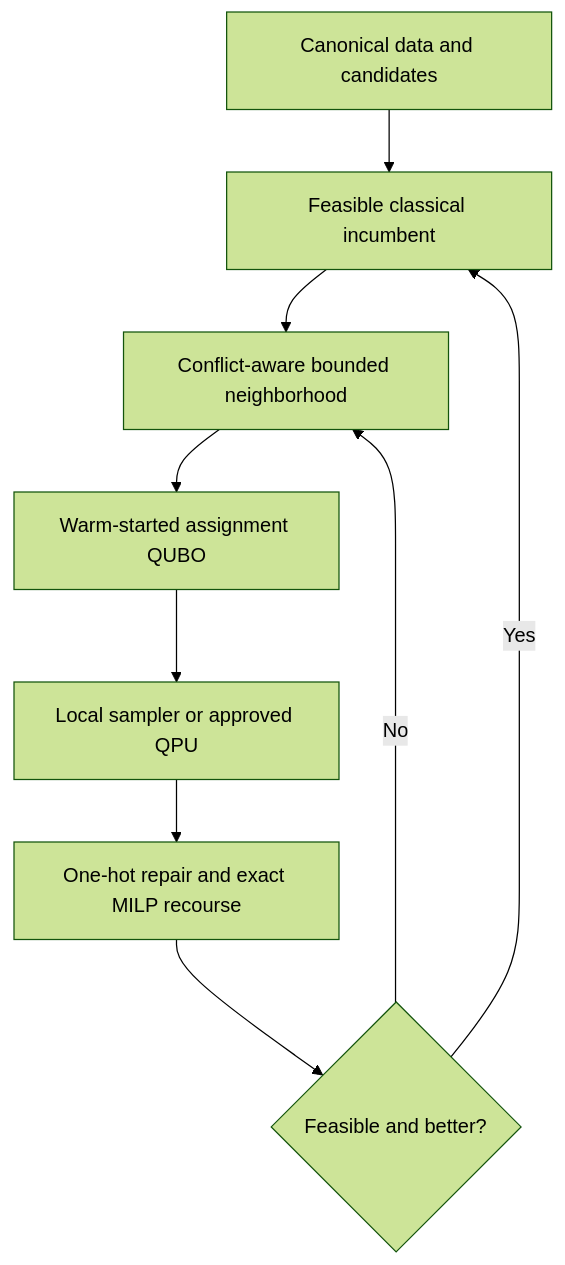
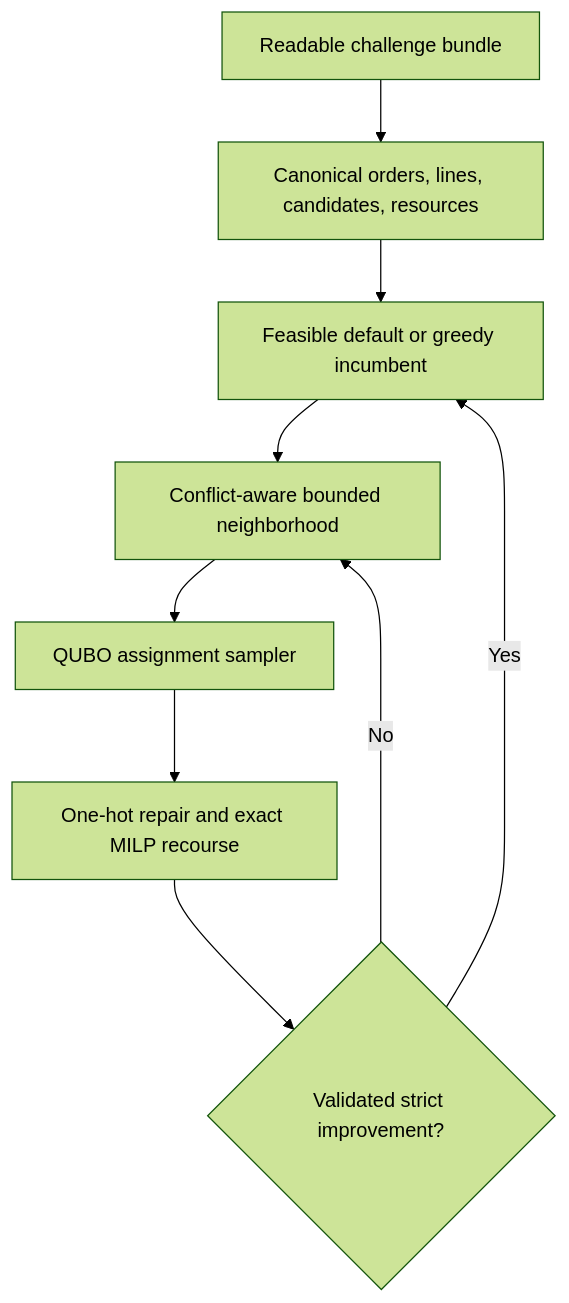
One commit to apomorovv/wiser-dom-optimization changed the diagram in README.md. Above: the diagram before and after it, drawn with Mermaid (forest theme). The commit also changed other lines of this file and 44 other files, not shown here.

````diff
--- a/README.md
+++ b/README.md
@@ -22,11 +61,11 @@
 ```mermaid
 flowchart TD
-    A["Canonical data and candidates"] --> B["Feasible classical incumbent"]
-    B --> C["Conflict-aware bounded neighborhood"]
-    C --> D["Warm-started assignment QUBO"]
-    D --> E["Local sampler or approved QPU"]
+    A["Readable challenge bundle"] --> B["Canonical orders, lines, candidates, resources"]
+    B --> C["Feasible default or greedy incumbent"]
+    C --> D["Conflict-aware bounded neighborhood"]
+    D --> E["QUBO assignment sampler"]
     E --> F["One-hot repair and exact MILP recourse"]
-    F --> G{"Feasible and better?"}
-    G -->|Yes| B
-    G -->|No| C
+    F --> G{"Validated strict improvement?"}
+    G -->|Yes| C
+    G -->|No| D
 ```
````
